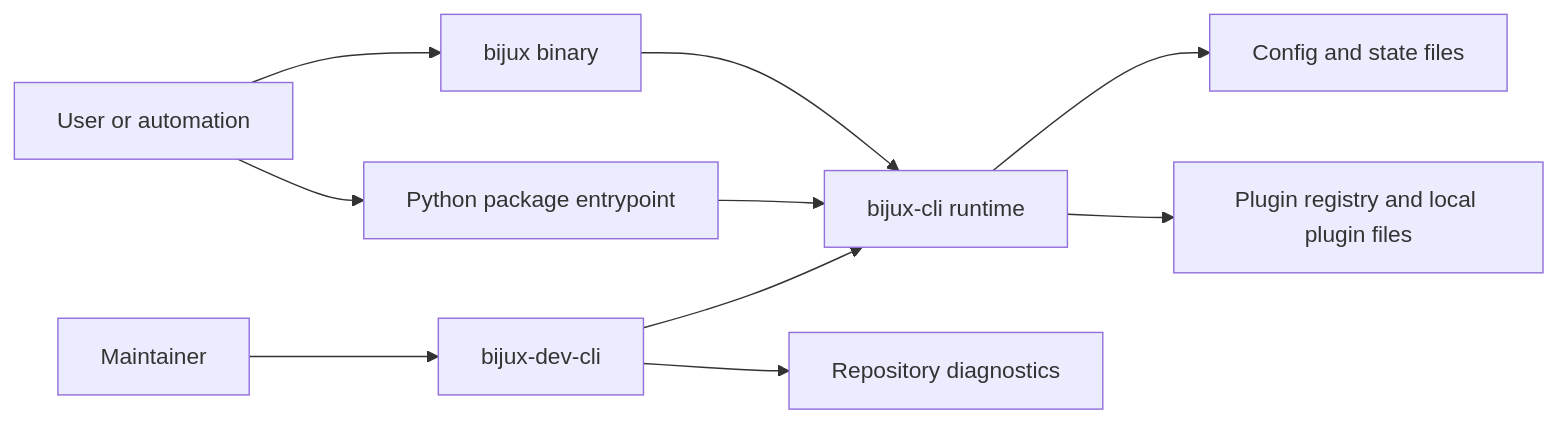
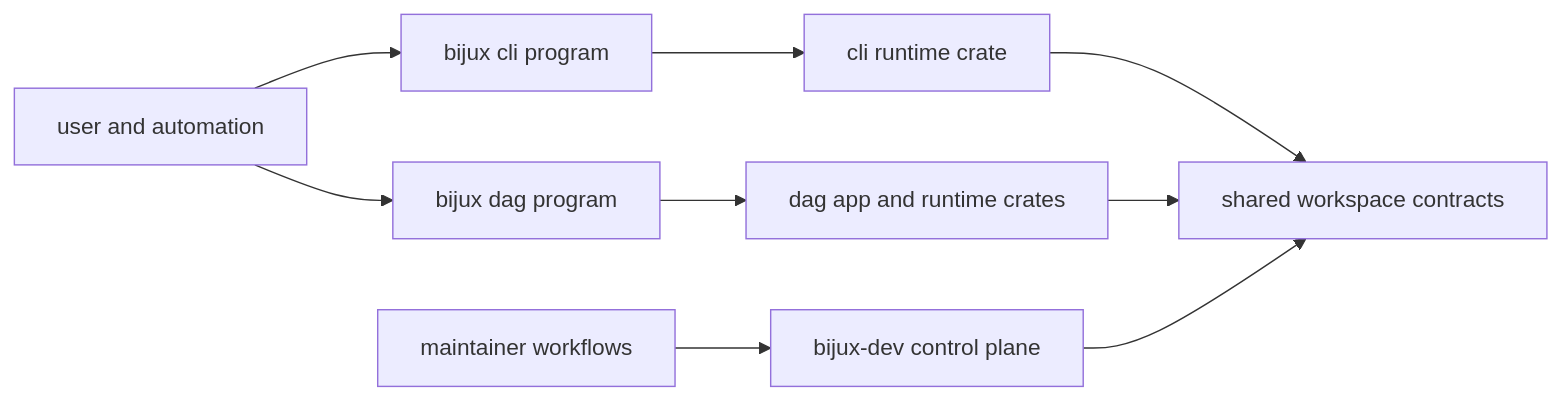
Before and after one commit to bijux/bijux-cli: the diagram in docs/bijux-core/architecture/system-overview.md, drawn with Mermaid. The commit also changed other lines of this file and 4 other files, not shown here.

Commit message:
docs(core): rewrite architecture overview topology and runtime surfaces

````diff
--- a/docs/bijux-core/architecture/system-overview.md
+++ b/docs/bijux-core/architecture/system-overview.md
@@ -9,12 +17,11 @@
 ```mermaid
 flowchart LR
-    User[User or automation] --> CLI[bijux binary]
-    User --> PY[Python package entrypoint]
-    CLI --> Runtime[bijux-cli runtime]
-    PY --> Runtime
-    Runtime --> State[Config and state files]
-    Runtime --> Plugins[Plugin registry and local plugin files]
-    Maintainer[Maintainer] --> DEV[bijux-dev-cli]
-    DEV --> Runtime
-    DEV --> Repo[Repository diagnostics]
+    user[user and automation] --> cli[bijux cli program]
+    user --> dag[bijux dag program]
+    cli --> runtime[cli runtime crate]
+    dag --> dag_app[dag app and runtime crates]
+    runtime --> shared[shared workspace contracts]
+    dag_app --> shared
+    maintainer[maintainer workflows] --> dev[bijux-dev control plane]
+    dev --> shared
 ```
````
